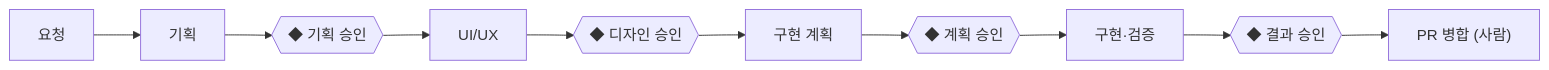
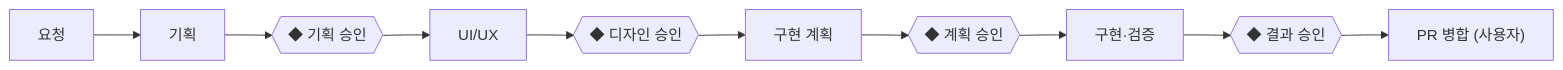
One commit to trustnloveu/claude-webapp-template changed the diagram in README.md. Above: the diagram before and after it, drawn with Mermaid. The commit also changed other lines of this file and 1 other file, not shown here.

First line of the commit message:
docs(readme): 줄바꿈으로 가독성 높이고 '사람'을 '사용자'로

````diff
--- a/README.md
+++ b/README.md
@@ -29,8 +44,8 @@
 ```mermaid
 flowchart LR
     R["요청"] --> P["기획"] --> PA{{"◆ 기획 승인"}}
     PA --> D["UI/UX"] --> DA{{"◆ 디자인 승인"}}
     DA --> PL["구현 계획"] --> LA{{"◆ 계획 승인"}}
     LA --> B["구현·검증"] --> RA{{"◆ 결과 승인"}}
-    RA --> M["PR 병합 (사람)"]
+    RA --> M["PR 병합 (사용자)"]
 ```
````
